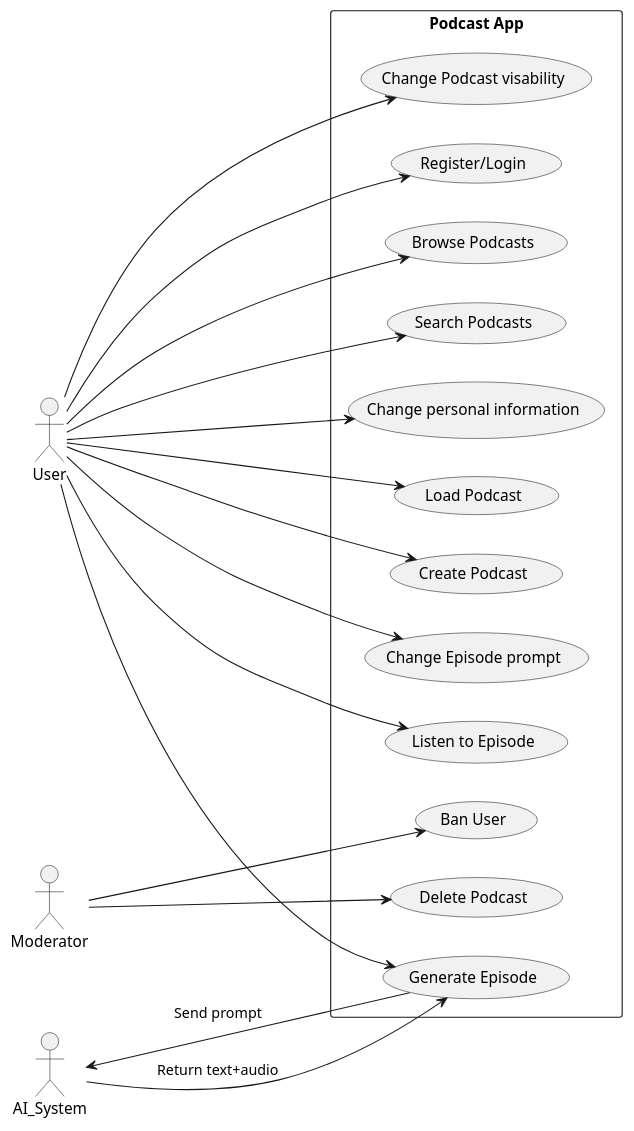
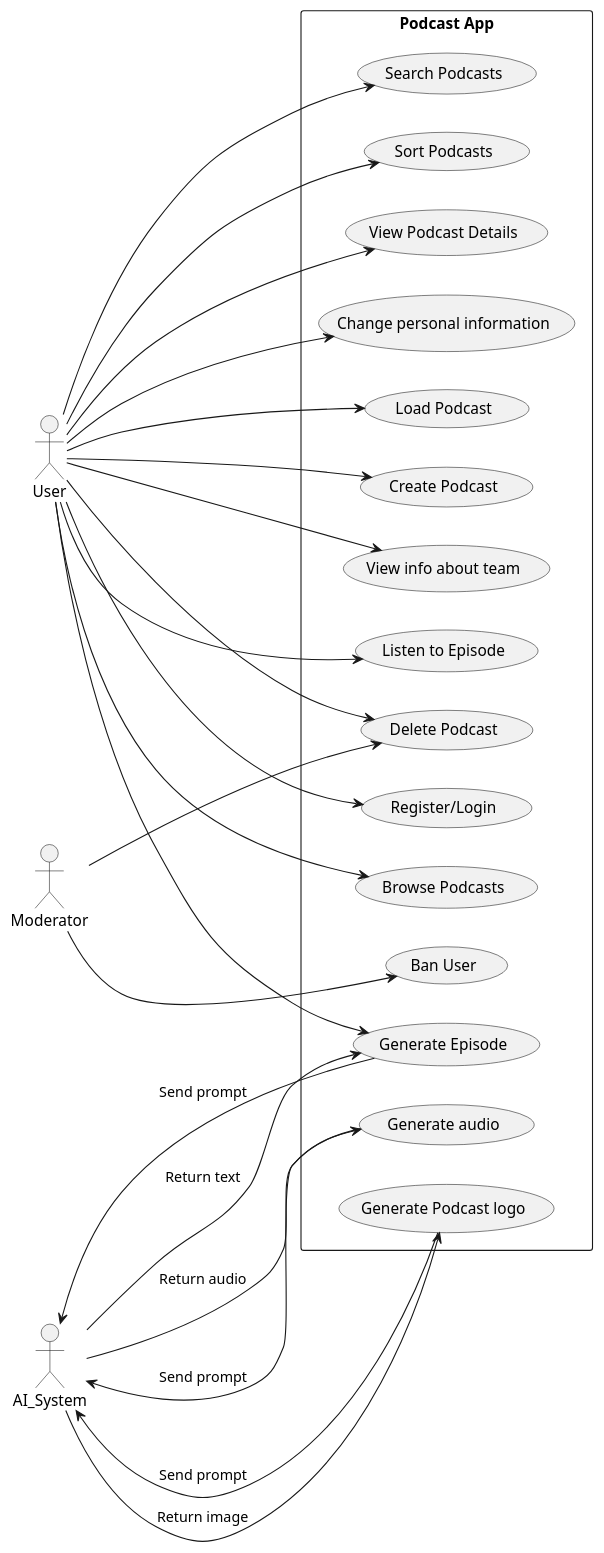
The diagram in diagrams/use-case.puml (Illya-Bonikon/Master-podcaster), drawn with PlantUML before and after one commit. The commit also changed 31 other files, not shown here.

```diff
--- a/diagrams/use-case.puml
+++ b/diagrams/use-case.puml
@@ -1,28 +1,37 @@
 @startuml
 left to right direction
 skinparam packageStyle rectangle
 
 actor User
 actor Moderator
 actor AI_System as AI
 
 rectangle "Podcast App" {
-	User ---> (Change Podcast visability)
+
 	User ---> (Register/Login)
 	User ---> (Browse Podcasts)
 	User ---> (Search Podcasts)
+	User ---> (Sort Podcasts)
+	User ---> (View Podcast Details)
 	User ---> (Change personal information)
 	User ---> (Load Podcast)
 	User ---> (Create Podcast)
+	User ---> (Delete Podcast)
+	User ---> (View info about team)
 	User ---> (Generate Episode)
-	User ---> (Change Episode prompt)
 	User ---> (Listen to Episode)
 
+
 	(Generate Episode) ---> AI : Send prompt
-	AI ---> (Generate Episode) : Return text+audio
+	AI ---> (Generate Episode) : Return text
 
+	(Generate Podcast logo) ---> AI : Send prompt
+	AI ---> (Generate Podcast logo) : Return image
+
+	(Generate audio) ---> AI : Send prompt
+	AI ---> (Generate audio) : Return audio
 
 	Moderator ---> (Ban User)
 	Moderator ---> (Delete Podcast)
 }
 @enduml
```
